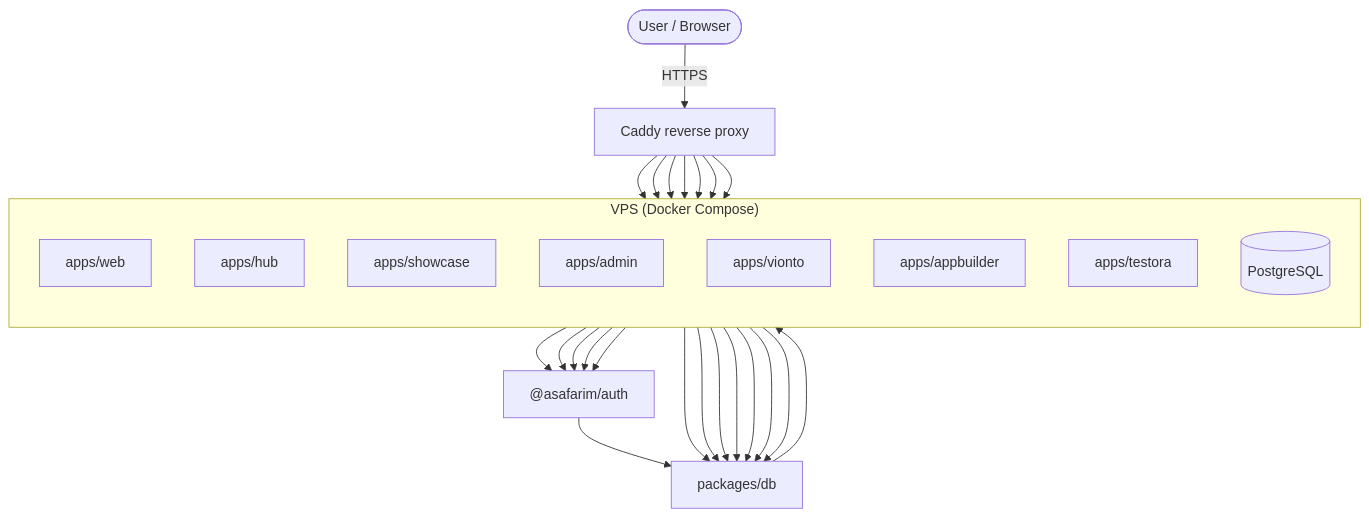
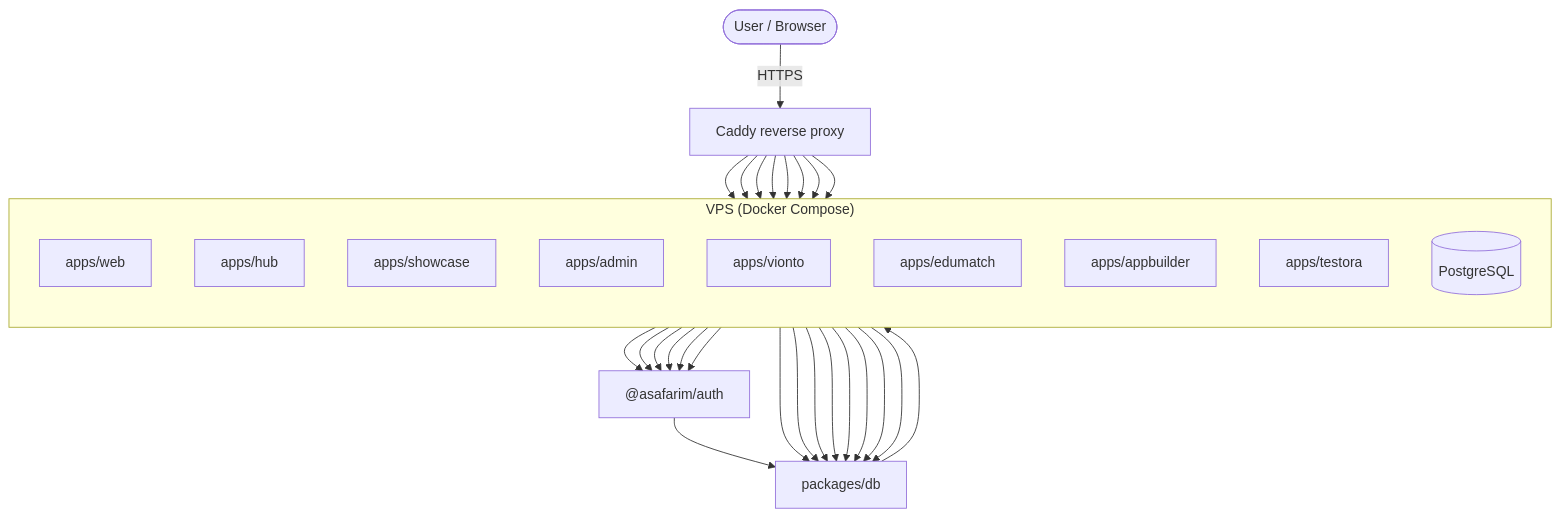
One commit to AliSafari-IT/asafarim-platform changed the first of 3 diagrams in README.md. Above: the diagram before and after it, drawn with Mermaid. The commit also changed other lines of this file and 176 other files, not shown here.

First line of the commit message:
feat(edumatch): add EduMatch app to platform with full schema and infrastructure

````diff
--- a/README.md
+++ b/README.md
@@ -15,41 +15,45 @@
 ```mermaid
 flowchart TD
     User([User / Browser])
     Caddy[Caddy reverse proxy]
     subgraph VPS ["VPS (Docker Compose)"]
         direction TB
         Web[apps/web]
         Hub[apps/hub]
         Showcase[apps/showcase]
         Admin[apps/admin]
         Vionto[apps/vionto]
+        EduMatch[apps/edumatch]
         AppBuilder[apps/appbuilder]
         Testora[apps/testora]
         Postgres[(PostgreSQL)]
     end
     Auth["@asafarim/auth"]
     DB["packages/db"]
 
     User -->|HTTPS| Caddy
     Caddy --> Web
     Caddy --> Hub
     Caddy --> Showcase
     Caddy --> Admin
     Caddy --> Vionto
+    Caddy --> EduMatch
     Caddy --> AppBuilder
     Caddy --> Testora
     Web --> DB
     Hub --> DB
     Showcase --> DB
     Admin --> DB
     Vionto --> DB
+    EduMatch --> DB
     AppBuilder --> DB
     Testora --> DB
     Hub --> Auth
     Admin --> Auth
     Vionto --> Auth
+    EduMatch --> Auth
     AppBuilder --> Auth
     Testora --> Auth
     Auth --> DB
     DB --> Postgres
 ```
````
